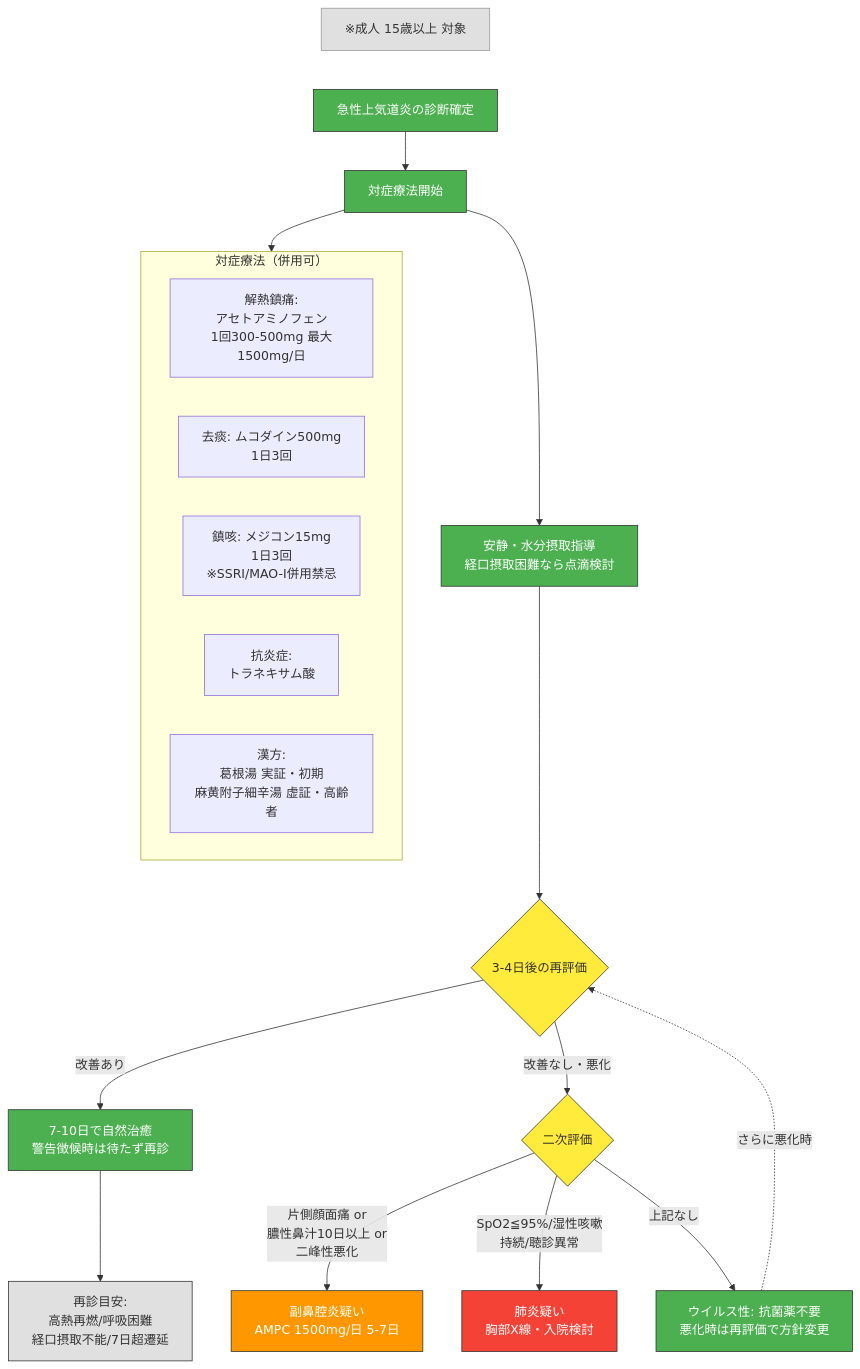
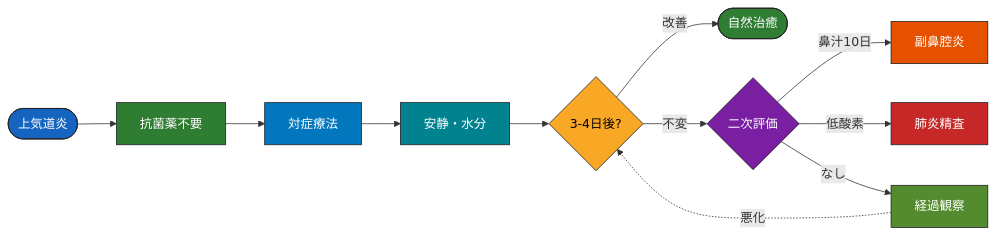
The diagram in flowcharts/j00-common-cold/treatment.mmd (DrYamaHiro/medical-wiki), drawn with Mermaid before and after one commit. The commit also changed 24 other files, not shown here.

First line of the commit message:
Add CPI calculator, fix 010 Mermaid build errors, update flowchart guidelines

```diff
--- a/flowcharts/j00-common-cold/treatment.mmd
+++ b/flowcharts/j00-common-cold/treatment.mmd
@@ -1,35 +1,22 @@
-flowchart TD
-    NOTE["※成人 15歳以上 対象"]
-    T0["急性上気道炎の診断確定"] --> T1["対症療法開始"]
+flowchart LR
+    A(["上気道炎"]) --> B["抗菌薬不要"]
+    B --> C["対症療法"]
+    C --> D["安静・水分"]
+    D --> E{"3-4日後?"}
+    E -->|改善| F(["自然治癒"])
+    E -->|不変| G{"二次評価"}
+    G -->|鼻汁10日| H["副鼻腔炎"]
+    G -->|低酸素| I["肺炎精査"]
+    G -->|なし| J["経過観察"]
+    J -.->|悪化| E
 
-    subgraph 処方["対症療法（併用可）"]
-        T2["解熱鎮痛:<br/>アセトアミノフェン<br/>1回300-500mg 最大1500mg/日"]
-        T3["去痰: ムコダイン500mg<br/>1日3回"]
-        T4["鎮咳: メジコン15mg<br/>1日3回<br/>※SSRI/MAO-I併用禁忌"]
-        T5["抗炎症:<br/>トラネキサム酸"]
-        T6["漢方:<br/>葛根湯 実証・初期<br/>麻黄附子細辛湯 虚証・高齢者"]
-    end
-
-    T1 --> 処方
-    T1 --> T7["安静・水分摂取指導<br/>経口摂取困難なら点滴検討"]
-    T7 --> T8{"3-4日後の再評価"}
-    T8 -->|"改善あり"| T9["7-10日で自然治癒<br/>警告徴候時は待たず再診"]
-    T8 -->|"改善なし・悪化"| T10{"二次評価"}
-    T10 -->|"片側顔面痛 or<br/>膿性鼻汁10日以上 or<br/>二峰性悪化"| T11["副鼻腔炎疑い<br/>AMPC 1500mg/日 5-7日"]
-    T10 -->|"SpO2≦95%/湿性咳嗽<br/>持続/聴診異常"| T12["肺炎疑い<br/>胸部X線・入院検討"]
-    T10 -->|"上記なし"| T13["ウイルス性: 抗菌薬不要<br/>悪化時は再評価で方針変更"]
-    T13 -.->|"さらに悪化時"| T8
-    T9 --> T14["再診目安:<br/>高熱再燃/呼吸困難<br/>経口摂取不能/7日超遷延"]
-
-    NOTE ~~~ T0
-    style NOTE fill:#e0e0e0,stroke:#999,color:#333
-    style T0 fill:#4CAF50,stroke:#333,color:#fff
-    style T1 fill:#4CAF50,stroke:#333,color:#fff
-    style T7 fill:#4CAF50,stroke:#333,color:#fff
-    style T8 fill:#FFEB3B,stroke:#333,color:#333
-    style T9 fill:#4CAF50,stroke:#333,color:#fff
-    style T10 fill:#FFEB3B,stroke:#333,color:#333
-    style T11 fill:#FF9800,stroke:#333,color:#fff
-    style T12 fill:#f44336,stroke:#333,color:#fff
-    style T13 fill:#4CAF50,stroke:#333,color:#fff
-    style T14 fill:#e0e0e0,stroke:#333,color:#333
+    style A fill:#1565C0,stroke:#212121,color:#fff
+    style B fill:#2E7D32,stroke:#212121,color:#fff
+    style C fill:#0277BD,stroke:#212121,color:#fff
+    style D fill:#00838F,stroke:#212121,color:#fff
+    style F fill:#2E7D32,stroke:#212121,color:#fff
+    style J fill:#558B2F,stroke:#212121,color:#fff
+    style E fill:#F9A825,stroke:#212121,color:#000
+    style G fill:#7B1FA2,stroke:#212121,color:#fff
+    style H fill:#E65100,stroke:#212121,color:#fff
+    style I fill:#C62828,stroke:#212121,color:#fff
```
